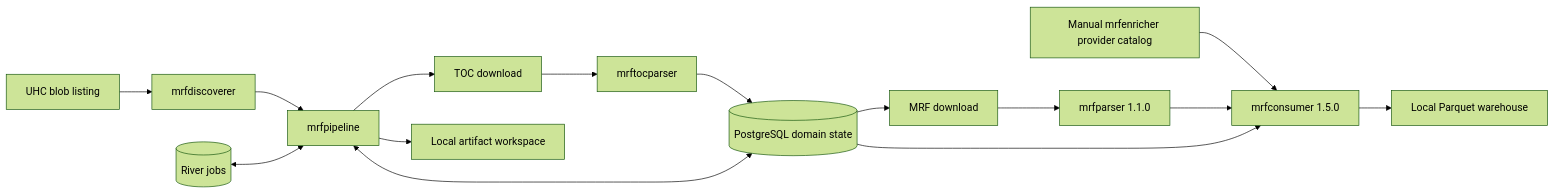
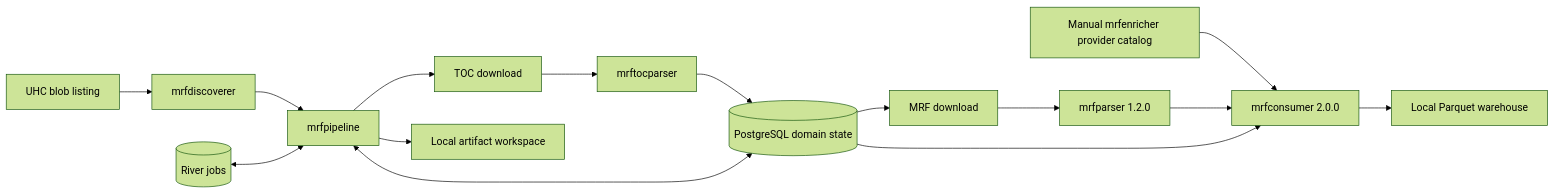
The second of 4 diagrams in requirements/DESIGN.md (EnotPoloskun/mrfpipeline), drawn with Mermaid (forest theme) before and after one commit. The commit also changed other lines of this file and 10 other files, not shown here.

````diff
--- a/requirements/DESIGN.md
+++ b/requirements/DESIGN.md
@@ -564,21 +569,21 @@
 ```mermaid
 flowchart LR
     UHC["UHC blob listing"] --> D["mrfdiscoverer"]
     D --> O["mrfpipeline"]
 
     O --> TD["TOC download"]
     TD --> TP["mrftocparser"]
     TP --> DB[("PostgreSQL domain state")]
 
     DB --> MD["MRF download"]
-    MD --> MP["mrfparser 1.1.0"]
+    MD --> MP["mrfparser 1.2.0"]
 
-    PC["Manual mrfenricher provider catalog"] --> C["mrfconsumer 1.5.0"]
+    PC["Manual mrfenricher provider catalog"] --> C["mrfconsumer 2.0.0"]
     MP --> C
     DB --> C
     C --> W["Local Parquet warehouse"]
 
     R[("River jobs")] <--> O
     O <--> DB
     O --> A["Local artifact workspace"]
 ```
````
